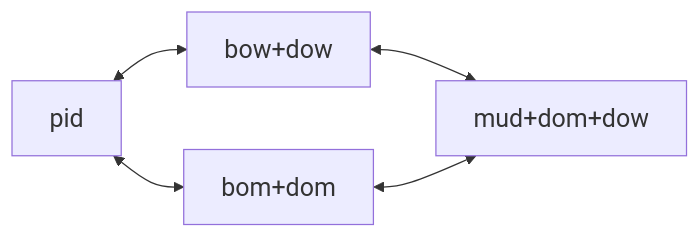
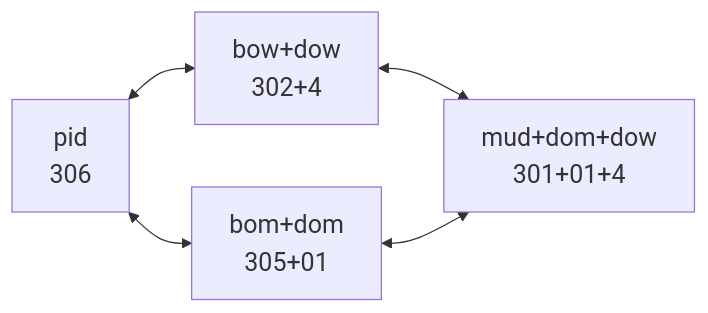
Before and after one commit to maptv/maptv.github.io: the eighth of 8 diagrams in dec/date/index.qmd, drawn with Mermaid. The commit also changed other lines of this file and 1 other file, not shown here.

Commit message:
Changed files: dec/date/index.qmd git/index_files/figure-commonmark/mermaid-figure-2.png

````diff
--- a/dec/date/index.qmd
+++ b/dec/date/index.qmd
@@ -1122,12 +1125,12 @@
 ```{mermaid}
 %%{init: {'theme': 'default', 'themeVariables': { 'fontSize': '20px'}}}%%
 flowchart LR
-    A[pid] <--> B[bow+dow]
-    A <--> C[bom+dom]
-    B <--> D[mud+dom+dow]
+    A[pid<br>306] <--> B[bow+dow<br>302+4]
+    A <--> C[bom+dom<br>305+01]
+    B <--> D[mud+dom+dow<br>301+01+4]
     C <--> D
     click A "#sec-doy"
     click B "#sec-dow"
     click C "#sec-dom"
     click D "#sec-mud"
 ```
````
